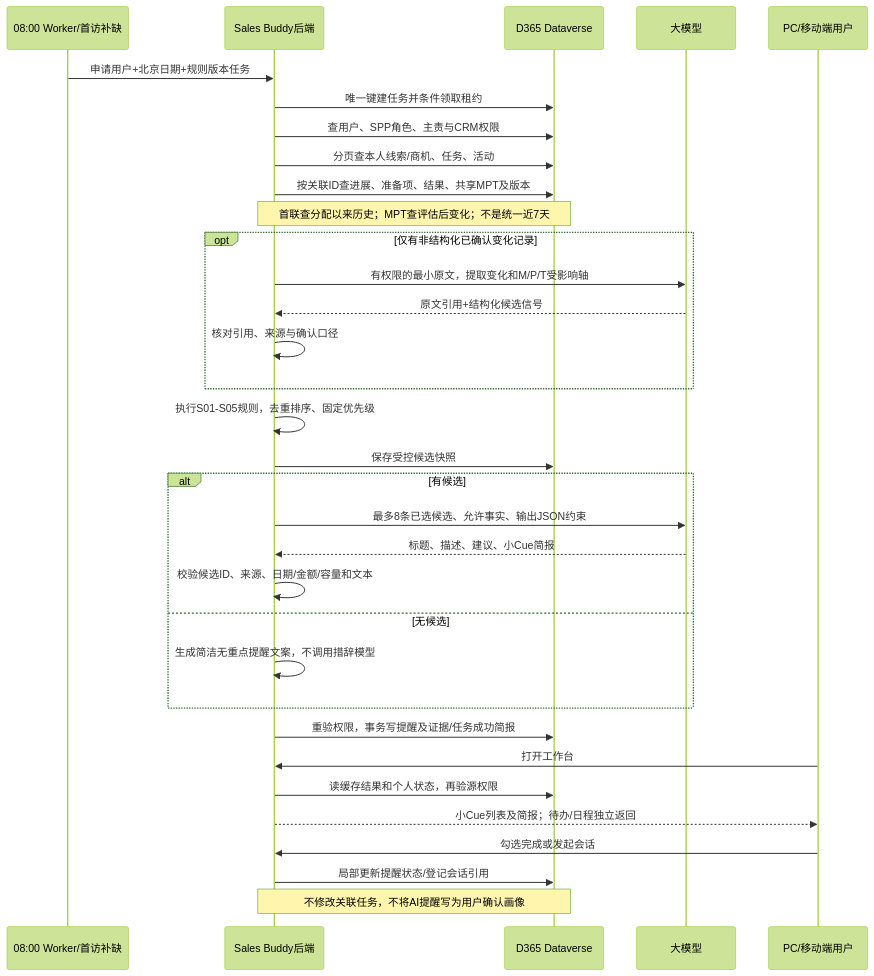
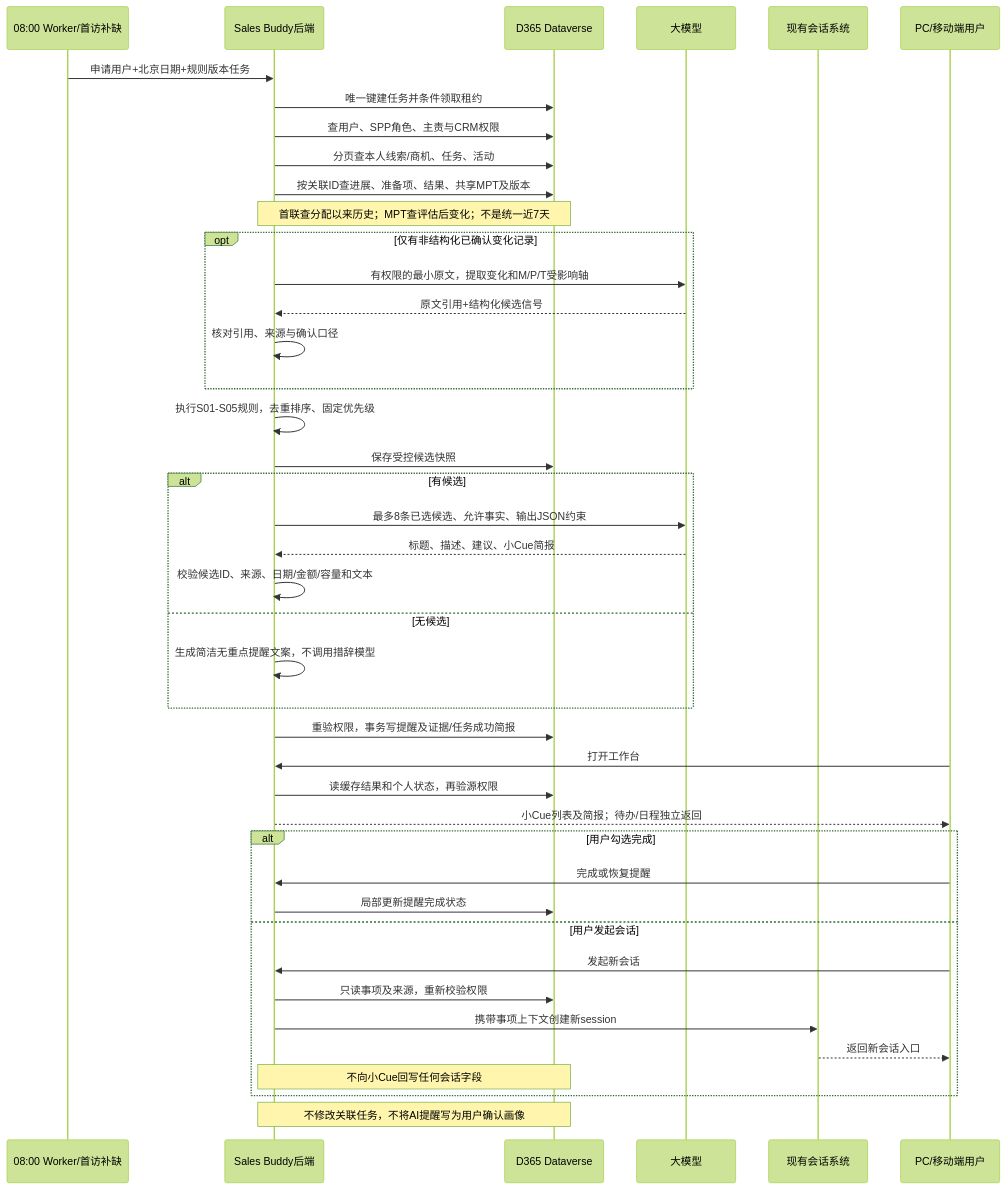
One commit to YunhaoPeter/Sales-Buddy changed the diagram in docs/详设方案/工作台-小Cue-D365实施与角色场景取数方案.md. Above: the diagram before and after it, drawn with Mermaid (forest theme). The commit also changed other lines of this file, not shown here.

````diff
--- a/docs/详设方案/工作台-小Cue-D365实施与角色场景取数方案.md
+++ b/docs/详设方案/工作台-小Cue-D365实施与角色场景取数方案.md
@@ -281,35 +278,44 @@
 ```mermaid
 sequenceDiagram
     participant W as 08:00 Worker/首访补缺
     participant B as Sales Buddy后端
     participant D as D365 Dataverse
     participant L as 大模型
+    participant C as 现有会话系统
     participant U as PC/移动端用户
     W->>B: 申请用户+北京日期+规则版本任务
     B->>D: 唯一键建任务并条件领取租约
     B->>D: 查用户、SPP角色、主责与CRM权限
     B->>D: 分页查本人线索/商机、任务、活动
     B->>D: 按关联ID查进展、准备项、结果、共享MPT及版本
     Note over B,D: 首联查分配以来历史；MPT查评估后变化；不是统一近7天
     opt 仅有非结构化已确认变化记录
         B->>L: 有权限的最小原文，提取变化和M/P/T受影响轴
         L-->>B: 原文引用+结构化候选信号
         B->>B: 核对引用、来源与确认口径
     end
     B->>B: 执行S01-S05规则，去重排序、固定优先级
     B->>D: 保存受控候选快照
     alt 有候选
         B->>L: 最多8条已选候选、允许事实、输出JSON约束
         L-->>B: 标题、描述、建议、小Cue简报
         B->>B: 校验候选ID、来源、日期/金额/容量和文本
     else 无候选
         B->>B: 生成简洁无重点提醒文案，不调用措辞模型
     end
     B->>D: 重验权限，事务写提醒及证据/任务成功简报
     U->>B: 打开工作台
     B->>D: 读缓存结果和个人状态，再验源权限
     B-->>U: 小Cue列表及简报；待办/日程独立返回
-    U->>B: 勾选完成或发起会话
-    B->>D: 局部更新提醒状态/登记会话引用
+    alt 用户勾选完成
+        U->>B: 完成或恢复提醒
+        B->>D: 局部更新提醒完成状态
+    else 用户发起会话
+        U->>B: 发起新会话
+        B->>D: 只读事项及来源，重新校验权限
+        B->>C: 携带事项上下文创建新session
+        C-->>U: 返回新会话入口
+        Note over B,D: 不向小Cue回写任何会话字段
+    end
     Note over B,D: 不修改关联任务，不将AI提醒写为用户确认画像
 ```
````
